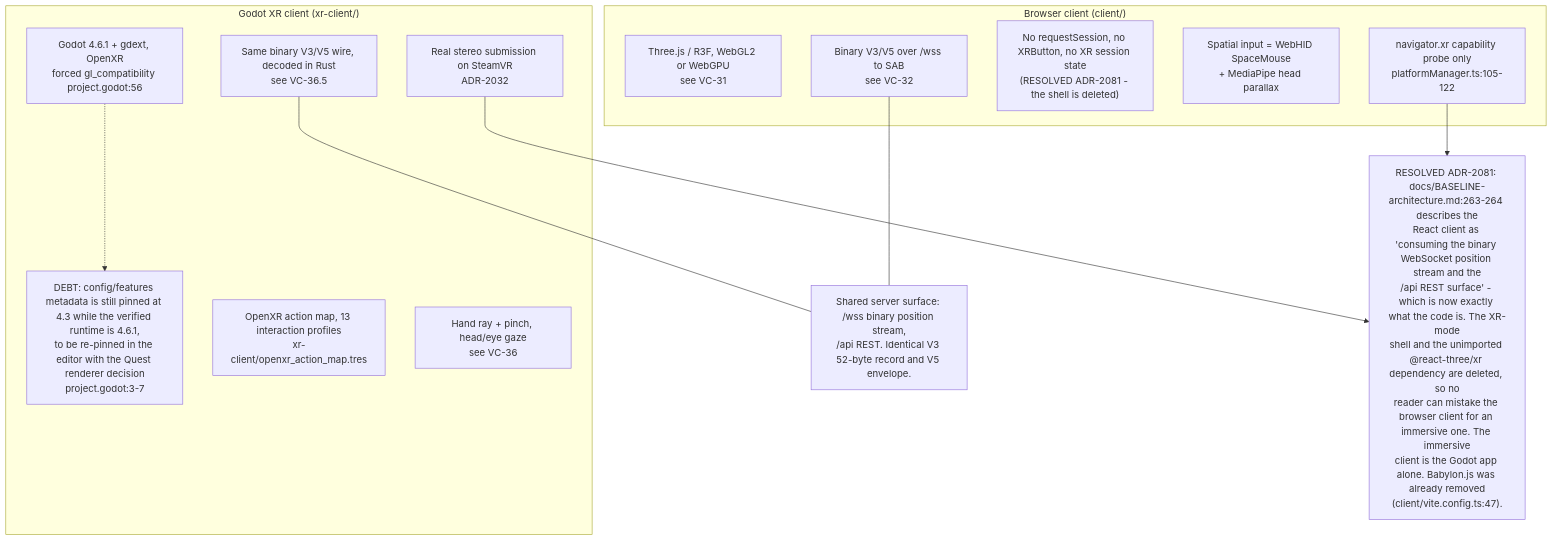
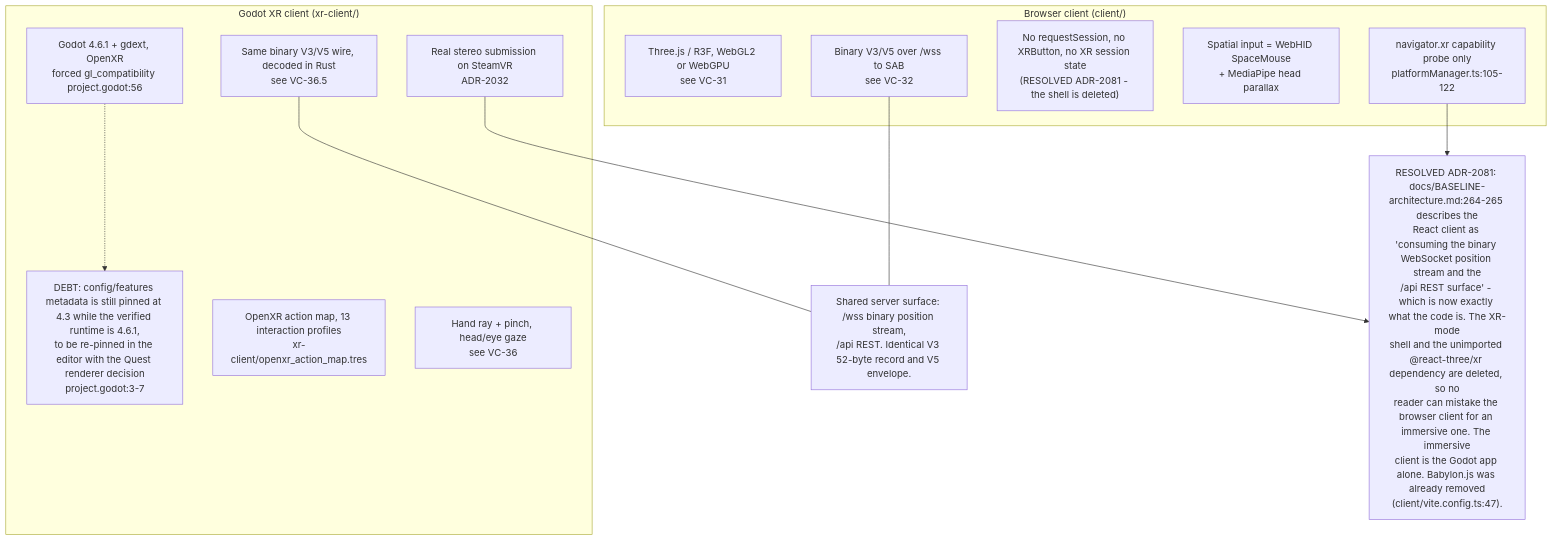
The eighth of 10 diagrams in docs/diagrams/visionclaw/37-browser-xr-and-desktop-input.md (DreamLab-AI/VisionFlow), drawn with Mermaid before and after one commit. The commit also changed other lines of this file and 151 other files, not shown here.

````diff
--- a/docs/diagrams/visionclaw/37-browser-xr-and-desktop-input.md
+++ b/docs/diagrams/visionclaw/37-browser-xr-and-desktop-input.md
@@ -332,24 +332,24 @@
 ```mermaid
 flowchart TB
     subgraph br["Browser client (client/)"]
         B1["Three.js / R3F, WebGL2 or WebGPU<br/>see VC-31"]
         B2["navigator.xr capability probe only<br/>platformManager.ts:105-122"]
         B3["No requestSession, no XRButton, no XR session state<br/>(RESOLVED ADR-2081 - the shell is deleted)"]
         B4["Spatial input = WebHID SpaceMouse<br/>+ MediaPipe head parallax"]
         B5["Binary V3/V5 over /wss to SAB<br/>see VC-32"]
     end
     subgraph gd["Godot XR client (xr-client/)"]
         G1["Godot 4.6.1 + gdext, OpenXR<br/>forced gl_compatibility project.godot:56"]
         G1D["DEBT: config/features metadata is still pinned at 4.3 while the verified runtime is 4.6.1,<br/>to be re-pinned in the editor with the Quest renderer decision<br/>project.godot:3-7"]
         G1 -.-> G1D
         G2["Real stereo submission on SteamVR<br/>ADR-2032"]
         G3["OpenXR action map, 13 interaction profiles<br/>xr-client/openxr_action_map.tres"]
         G4["Hand ray + pinch, head/eye gaze<br/>see VC-36"]
         G5["Same binary V3/V5 wire, decoded in Rust<br/>see VC-36.5"]
     end
     B5 --- SHARED["Shared server surface: /wss binary position stream,<br/>/api REST. Identical V3 52-byte record and V5 envelope."]
     G5 --- SHARED
     B2 --> DIV
     G2 --> DIV
-    DIV["RESOLVED ADR-2081: docs/BASELINE-architecture.md:263-264 describes the<br/>React client as 'consuming the binary WebSocket position stream and the<br/>/api REST surface' - which is now exactly what the code is. The XR-mode<br/>shell and the unimported @react-three/xr dependency are deleted, so no<br/>reader can mistake the browser client for an immersive one. The immersive<br/>client is the Godot app alone. Babylon.js was already removed<br/>(client/vite.config.ts:47)."]
+    DIV["RESOLVED ADR-2081: docs/BASELINE-architecture.md:264-265 describes the<br/>React client as 'consuming the binary WebSocket position stream and the<br/>/api REST surface' - which is now exactly what the code is. The XR-mode<br/>shell and the unimported @react-three/xr dependency are deleted, so no<br/>reader can mistake the browser client for an immersive one. The immersive<br/>client is the Godot app alone. Babylon.js was already removed<br/>(client/vite.config.ts:47)."]
 ```
````
